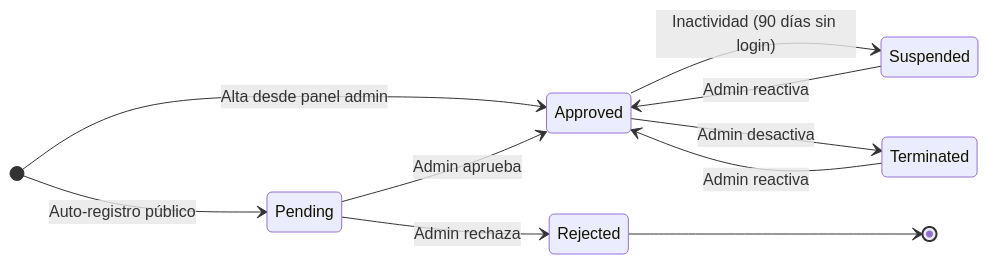
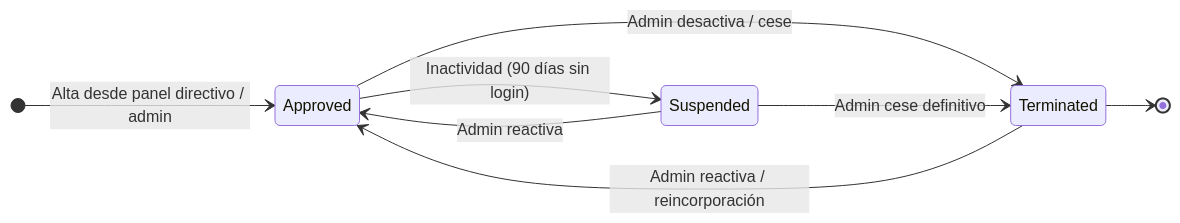
The second of 2 diagrams in InclusiON.Documents/Process/05-gestion-profesionales.md (Sacha-html/InclusiON), drawn with Mermaid before and after one commit. The commit also changed other lines of this file and 8 other files, not shown here.

````diff
--- a/InclusiON.Documents/Process/05-gestion-profesionales.md
+++ b/InclusiON.Documents/Process/05-gestion-profesionales.md
@@ -81,13 +81,11 @@
 ```mermaid
 stateDiagram-v2
     direction LR
-    [*] --> Pending : Auto-registro público
-    [*] --> Approved : Alta desde panel admin
-    Pending --> Approved : Admin aprueba
-    Pending --> Rejected : Admin rechaza
+    [*] --> Approved : Alta desde panel directivo / admin
     Approved --> Suspended : Inactividad (90 días sin login)
-    Approved --> Terminated : Admin desactiva
+    Approved --> Terminated : Admin desactiva / cese
     Suspended --> Approved : Admin reactiva
-    Terminated --> Approved : Admin reactiva
-    Rejected --> [*]
+    Suspended --> Terminated : Admin cese definitivo
+    Terminated --> Approved : Admin reactiva / reincorporación
+    Terminated --> [*]
 ```
````
